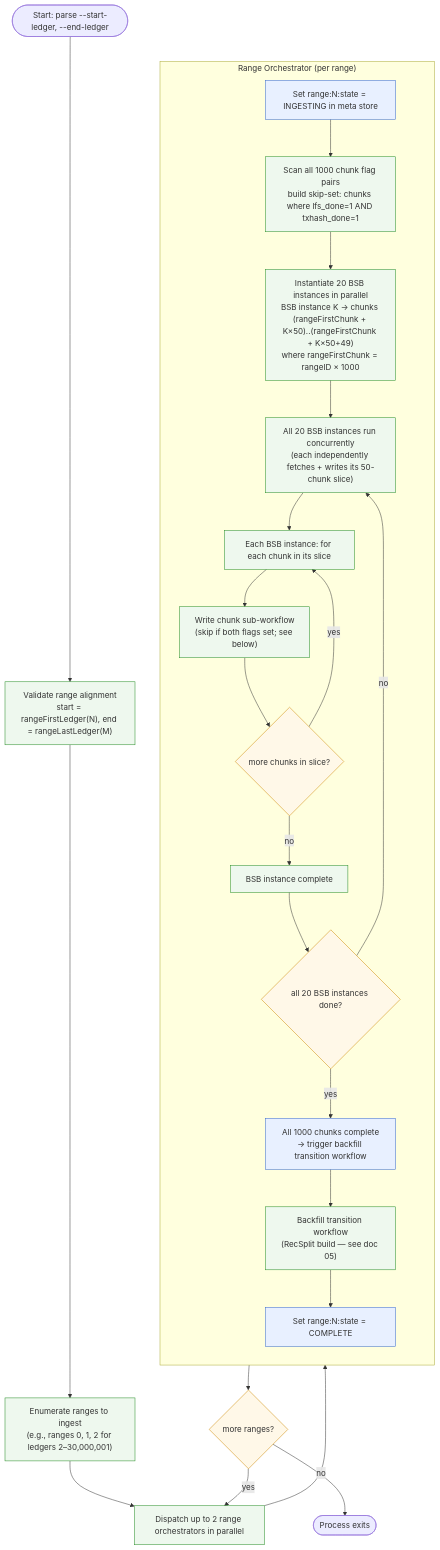
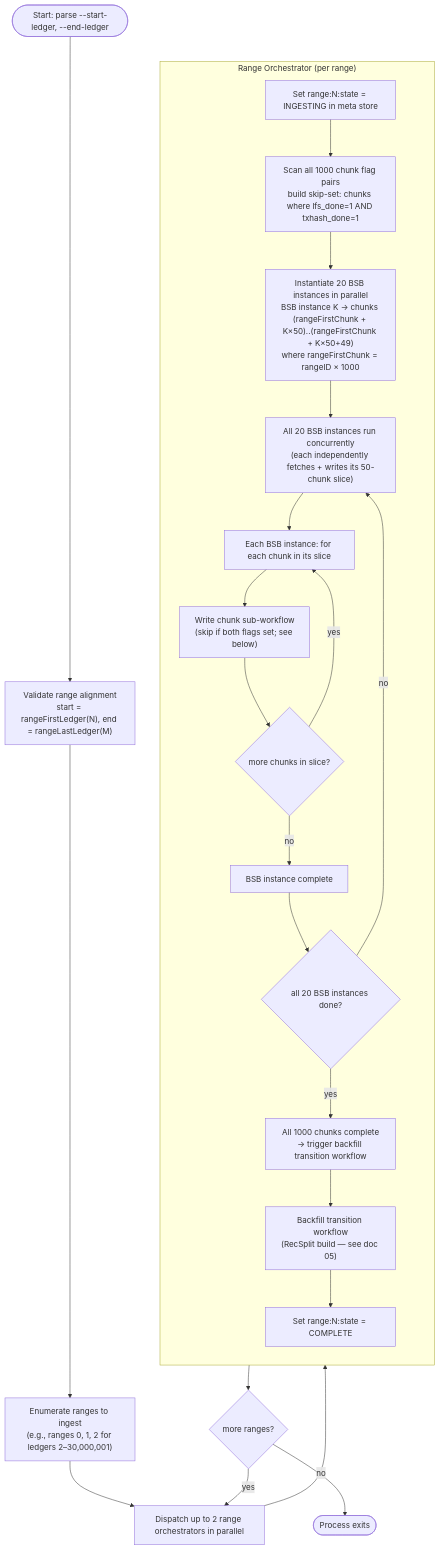
Before and after one commit to karthikiyer56/stellar-full-history-ingestion: the first of 4 diagrams in design-docs-v2/03-backfill-workflow.md, drawn with Mermaid. The commit also changed other lines of this file and 17 other files, not shown here.

````diff
--- a/design-docs-v2/03-backfill-workflow.md
+++ b/design-docs-v2/03-backfill-workflow.md
@@ -22,33 +22,29 @@
 ```mermaid
 flowchart TD
-    classDef decision fill:#fff8e8,stroke:#cc8800
-    classDef action fill:#eef8ee,stroke:#228b22
-    classDef state fill:#e8f0ff,stroke:#3366cc
-
-    START(["Start: parse --start-ledger, --end-ledger"]) --> VALIDATE["Validate range alignment<br/>start = rangeFirstLedger(N), end = rangeLastLedger(M)"]:::action
-    VALIDATE --> RANGES["Enumerate ranges to ingest<br/>(e.g., ranges 0, 1, 2 for ledgers 2–30,000,001)"]:::action
-    RANGES --> DISPATCH["Dispatch up to 2 range orchestrators in parallel"]:::action
+    START(["Start: parse --start-ledger, --end-ledger"]) --> VALIDATE["Validate range alignment<br/>start = rangeFirstLedger(N), end = rangeLastLedger(M)"]
+    VALIDATE --> RANGES["Enumerate ranges to ingest<br/>(e.g., ranges 0, 1, 2 for ledgers 2–30,000,001)"]
+    RANGES --> DISPATCH["Dispatch up to 2 range orchestrators in parallel"]
 
     subgraph ORCHESTRATOR["Range Orchestrator (per range)"]
         direction TB
-        INIT["Set range:N:state = INGESTING in meta store"]:::state
-        INIT --> SCAN["Scan all 1000 chunk flag pairs<br/>build skip-set: chunks where lfs_done=1 AND txhash_done=1"]:::action
-        SCAN --> BSB_INIT["Instantiate 20 BSB instances in parallel<br/>BSB instance K → chunks (rangeFirstChunk + K×50)..(rangeFirstChunk + K×50+49)<br/>where rangeFirstChunk = rangeID × 1000"]:::action
-        BSB_INIT --> BSB_PARALLEL["All 20 BSB instances run concurrently<br/>(each independently fetches + writes its 50-chunk slice)"]:::action
-        BSB_PARALLEL --> CHUNK_LOOP["Each BSB instance: for each chunk in its slice"]:::action
-        CHUNK_LOOP --> WRITE_CHUNK["Write chunk sub-workflow<br/>(skip if both flags set; see below)"]:::action
-        WRITE_CHUNK --> MORE_CHUNKS{more chunks in slice?}:::decision
+        INIT["Set range:N:state = INGESTING in meta store"]
+        INIT --> SCAN["Scan all 1000 chunk flag pairs<br/>build skip-set: chunks where lfs_done=1 AND txhash_done=1"]
+        SCAN --> BSB_INIT["Instantiate 20 BSB instances in parallel<br/>BSB instance K → chunks (rangeFirstChunk + K×50)..(rangeFirstChunk + K×50+49)<br/>where rangeFirstChunk = rangeID × 1000"]
+        BSB_INIT --> BSB_PARALLEL["All 20 BSB instances run concurrently<br/>(each independently fetches + writes its 50-chunk slice)"]
+        BSB_PARALLEL --> CHUNK_LOOP["Each BSB instance: for each chunk in its slice"]
+        CHUNK_LOOP --> WRITE_CHUNK["Write chunk sub-workflow<br/>(skip if both flags set; see below)"]
+        WRITE_CHUNK --> MORE_CHUNKS{more chunks in slice?}
         MORE_CHUNKS -->|yes| CHUNK_LOOP
-        MORE_CHUNKS -->|no| BSB_DONE["BSB instance complete"]:::action
-        BSB_DONE --> ALL_DONE{all 20 BSB instances done?}:::decision
+        MORE_CHUNKS -->|no| BSB_DONE["BSB instance complete"]
+        BSB_DONE --> ALL_DONE{all 20 BSB instances done?}
         ALL_DONE -->|no| BSB_PARALLEL
-        ALL_DONE -->|yes| ALL_CHUNKS_DONE["All 1000 chunks complete<br/>→ trigger backfill transition workflow"]:::state
-        ALL_CHUNKS_DONE --> TRANSITION["Backfill transition workflow<br/>(RecSplit build — see doc 05)"]:::action
-        TRANSITION --> RANGE_DONE["Set range:N:state = COMPLETE"]:::state
+        ALL_DONE -->|yes| ALL_CHUNKS_DONE["All 1000 chunks complete<br/>→ trigger backfill transition workflow"]
+        ALL_CHUNKS_DONE --> TRANSITION["Backfill transition workflow<br/>(RecSplit build — see doc 05)"]
+        TRANSITION --> RANGE_DONE["Set range:N:state = COMPLETE"]
     end
 
     DISPATCH --> ORCHESTRATOR
-    RANGE_DONE --> NEXT_RANGE{more ranges?}:::decision
+    RANGE_DONE --> NEXT_RANGE{more ranges?}
     NEXT_RANGE -->|yes| DISPATCH
     NEXT_RANGE -->|no| EXIT(["Process exits"])
 ```
````
